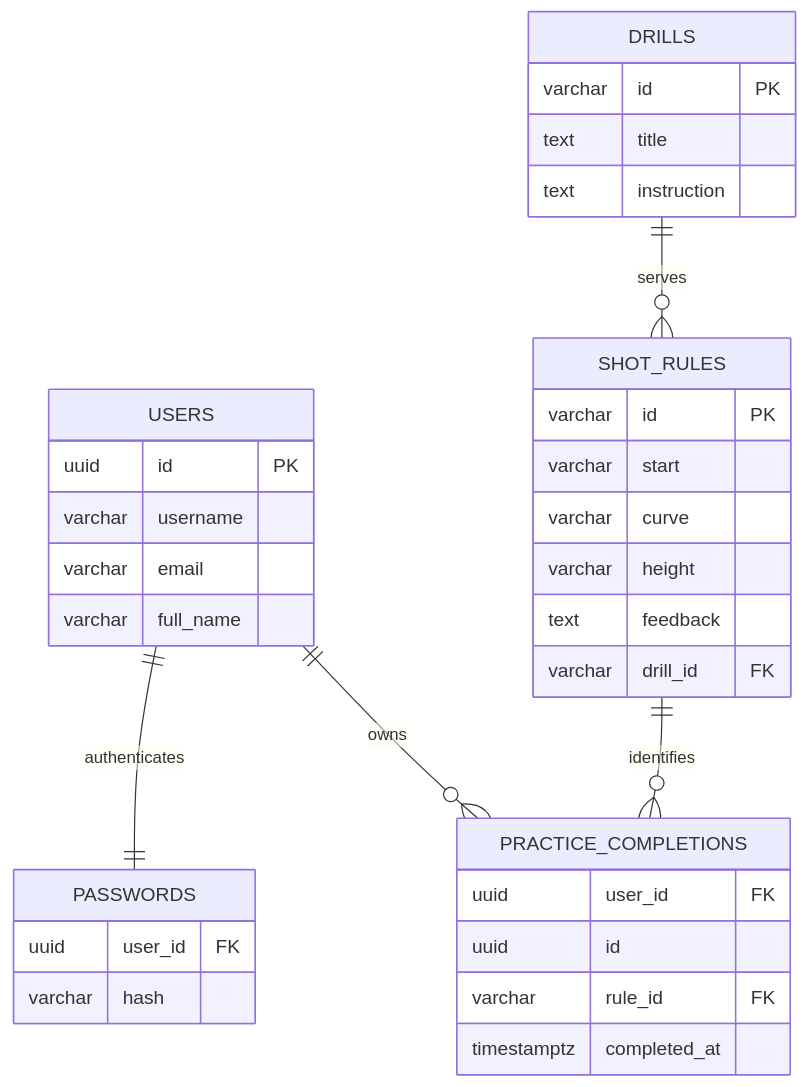
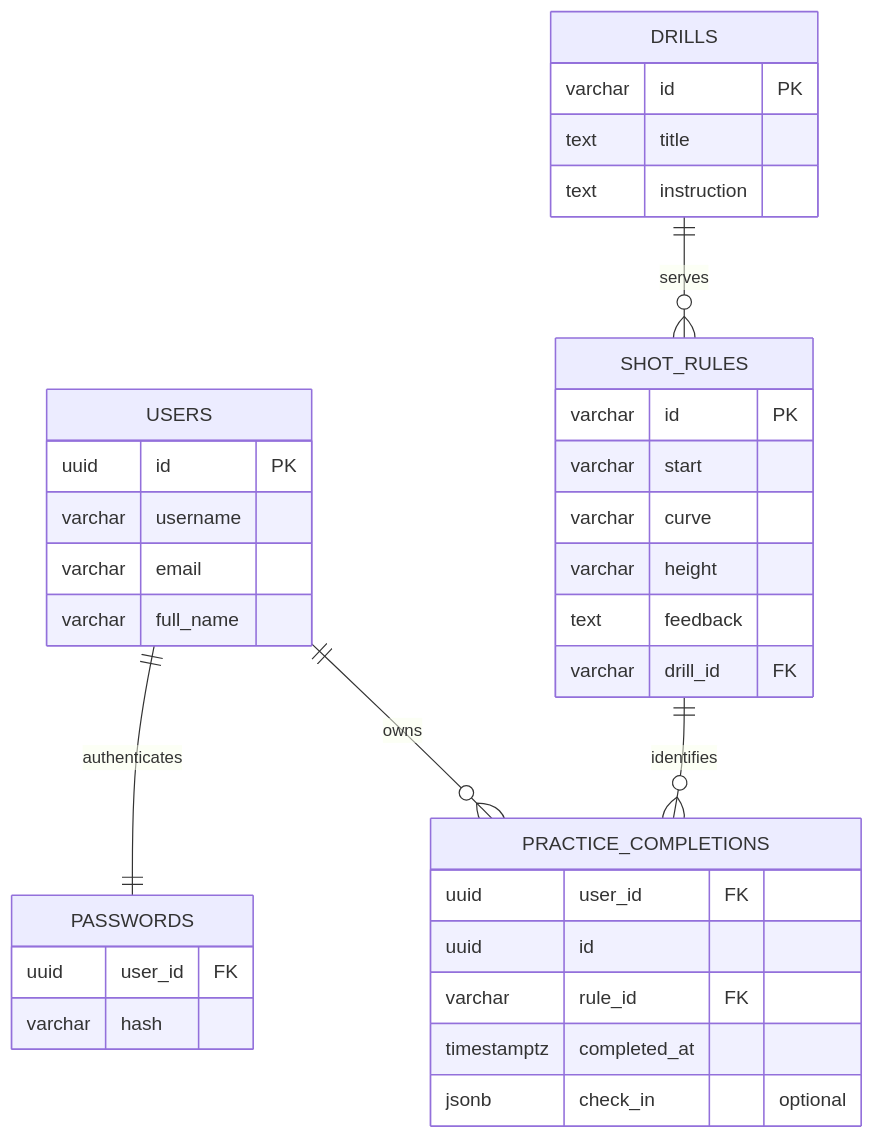
The second of 2 diagrams in README.md (CakraSera/prototype-golf), drawn with Mermaid before and after one commit. The commit also changed other lines of this file and 27 other files, not shown here.

````diff
--- a/README.md
+++ b/README.md
@@ -119,36 +124,37 @@
 ```mermaid
 erDiagram
     USERS ||--|| PASSWORDS : authenticates
     USERS ||--o{ PRACTICE_COMPLETIONS : owns
     DRILLS ||--o{ SHOT_RULES : serves
     SHOT_RULES ||--o{ PRACTICE_COMPLETIONS : identifies
     USERS {
         uuid id PK
         varchar username
         varchar email
         varchar full_name
     }
     PASSWORDS {
         uuid user_id FK
         varchar hash
     }
     DRILLS {
         varchar id PK
         text title
         text instruction
     }
     SHOT_RULES {
         varchar id PK
         varchar start
         varchar curve
         varchar height
         text feedback
         varchar drill_id FK
     }
     PRACTICE_COMPLETIONS {
         uuid user_id FK
         uuid id
         varchar rule_id FK
         timestamptz completed_at
+        jsonb check_in "optional"
     }
 ```
````
